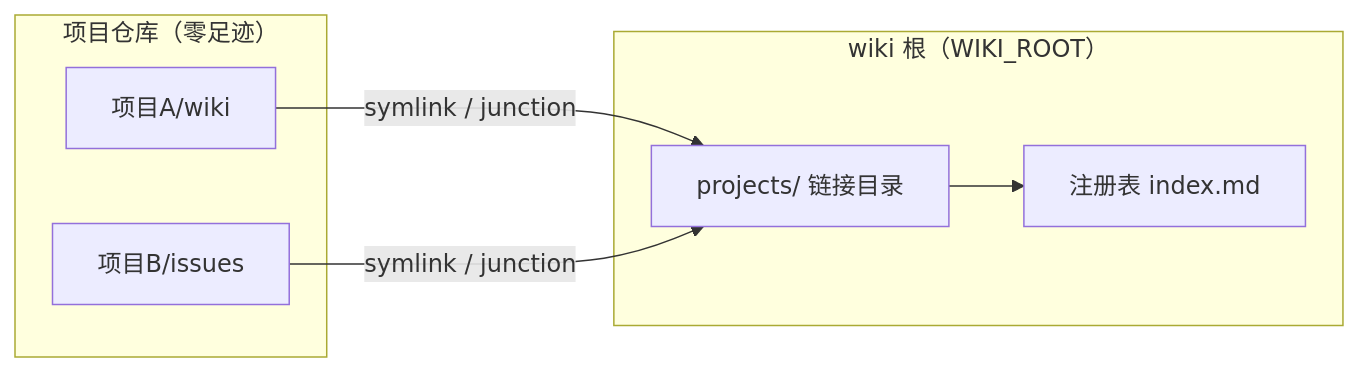
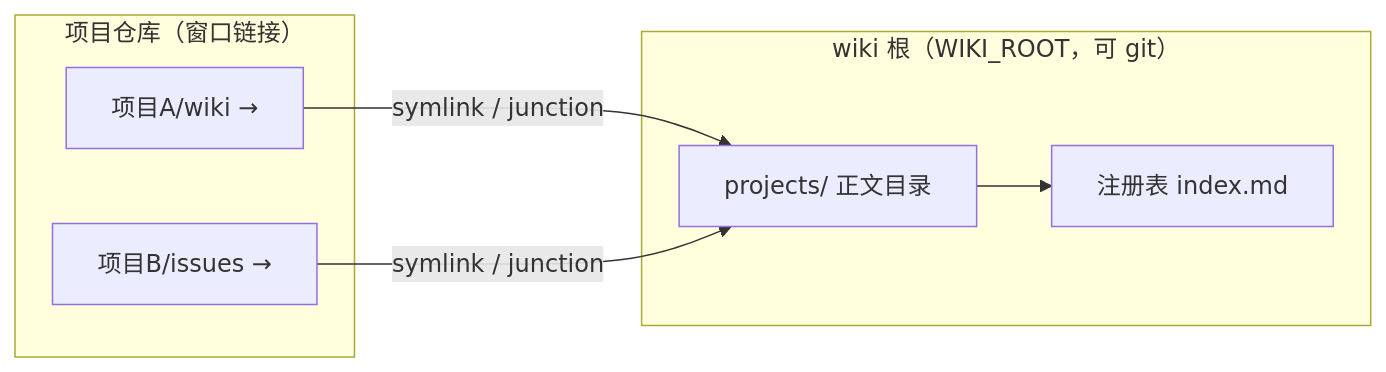
The first of 3 diagrams in docs/design.md (daidaiJ/my-wiki-repo), drawn with Mermaid before and after one commit. The commit also changed other lines of this file and 25 other files, not shown here.

First line of the commit message:
feat: scheme C storage with prepare hook, bundle backup, and git-friendly projects/

````diff
--- a/docs/design.md
+++ b/docs/design.md
@@ -75,14 +74,14 @@
 ```mermaid
 flowchart LR
-    subgraph 项目仓库["项目仓库（零足迹）"]
-        P1["项目A/wiki"]
-        P2["项目B/issues"]
+    subgraph 项目仓库["项目仓库（窗口链接）"]
+        W1["项目A/wiki →"]
+        W2["项目B/issues →"]
     end
-    subgraph WR["wiki 根（WIKI_ROOT）"]
+    subgraph WR["wiki 根（WIKI_ROOT，可 git）"]
         R["注册表 index.md"]
-        L["projects/ 链接目录"]
+        S["projects/ 正文目录"]
     end
-    P1 -- "symlink / junction" --> L
-    P2 -- "symlink / junction" --> L
-    L --> R
+    W1 -- "symlink / junction" --> S
+    W2 -- "symlink / junction" --> S
+    S --> R
 ```
````
